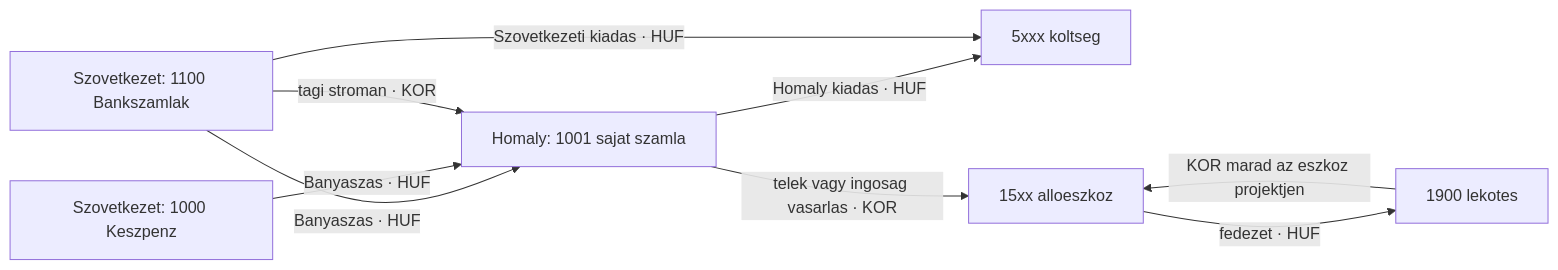
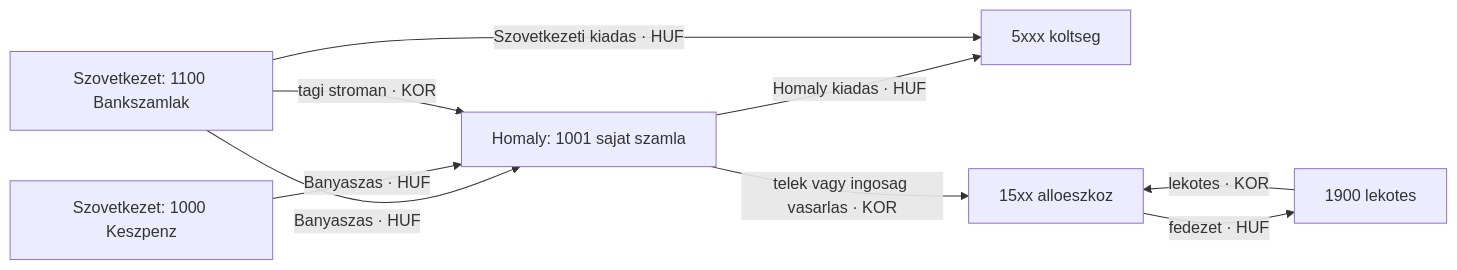
Before and after one commit to pitiboy/curr: the first of 15 diagrams in docs/transaction-workflow.md, drawn with Mermaid. The commit also changed other lines of this file and 8 other files, not shown here.

````diff
--- a/docs/transaction-workflow.md
+++ b/docs/transaction-workflow.md
@@ -54,18 +54,18 @@
 ```mermaid
 flowchart LR
   bank["Szovetkezet: 1100 Bankszamlak"]
   penztar["Szovetkezet: 1000 Keszpenz"]
   sajat["Homaly: 1001 sajat szamla"]
   koltseg5["5xxx koltseg"]
   eszkoz15["15xx alloeszkoz"]
   atv["1900 lekotes"]
 
   bank -->|"Banyaszas · HUF"| sajat
   penztar -->|"Banyaszas · HUF"| sajat
   sajat -->|"Homaly kiadas · HUF"| koltseg5
   bank -->|"Szovetkezeti kiadas · HUF"| koltseg5
   bank -->|"tagi stroman · KOR"| sajat
   sajat -->|"telek vagy ingosag vasarlas · KOR"| eszkoz15
   eszkoz15 -->|"fedezet · HUF"| atv
-  atv -->|"KOR marad az eszkoz projektjen"| eszkoz15
+  atv -->|"lekotes · KOR"| eszkoz15
 ```
````
